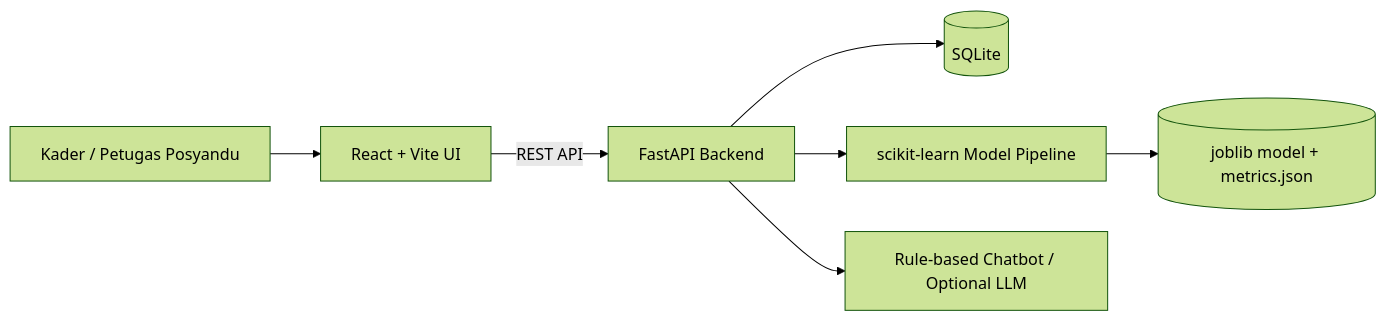
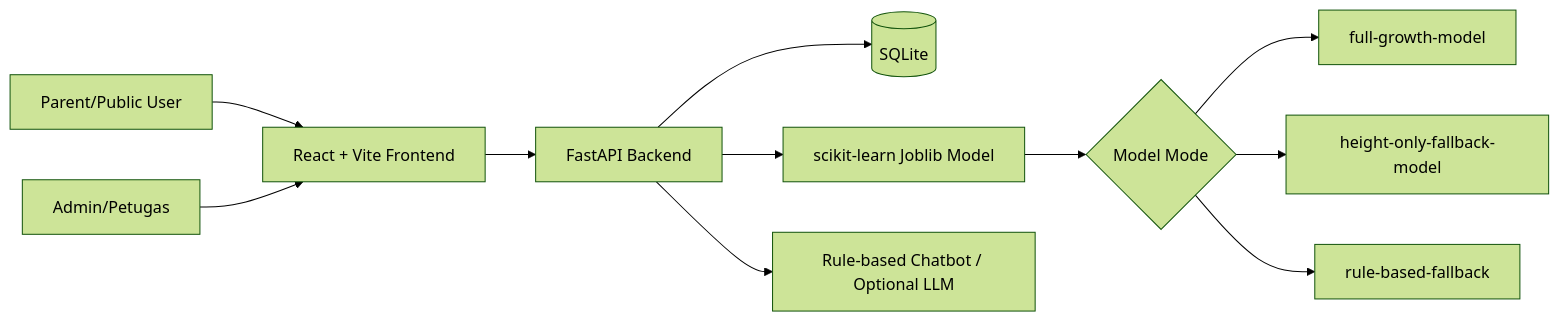
The diagram in docs/architecture.md (DavnFs/StuntGuard), drawn with Mermaid (forest theme) before and after one commit. The commit also changed other lines of this file and 50 other files, not shown here.

First line of the commit message:
feat: redesign StuntGuard public screening flow

````diff
--- a/docs/architecture.md
+++ b/docs/architecture.md
@@ -5,9 +5,13 @@
 ```mermaid
 flowchart LR
-    User[Kader / Petugas Posyandu] --> Frontend[React + Vite UI]
-    Frontend -->|REST API| Backend[FastAPI Backend]
-    Backend --> Database[(SQLite)]
-    Backend --> ML[scikit-learn Model Pipeline]
-    Backend --> Chatbot[Rule-based Chatbot / Optional LLM]
-    ML --> Artifacts[(joblib model + metrics.json)]
+  Parent[Parent/Public User] --> FE[React + Vite Frontend]
+  Admin[Admin/Petugas] --> FE
+  FE --> API[FastAPI Backend]
+  API --> DB[(SQLite)]
+  API --> ML[scikit-learn Joblib Model]
+  API --> Chatbot[Rule-based Chatbot / Optional LLM]
+  ML --> Mode{Model Mode}
+  Mode --> Full[full-growth-model]
+  Mode --> Height[height-only-fallback-model]
+  Mode --> Rule[rule-based-fallback]
 ```
````
